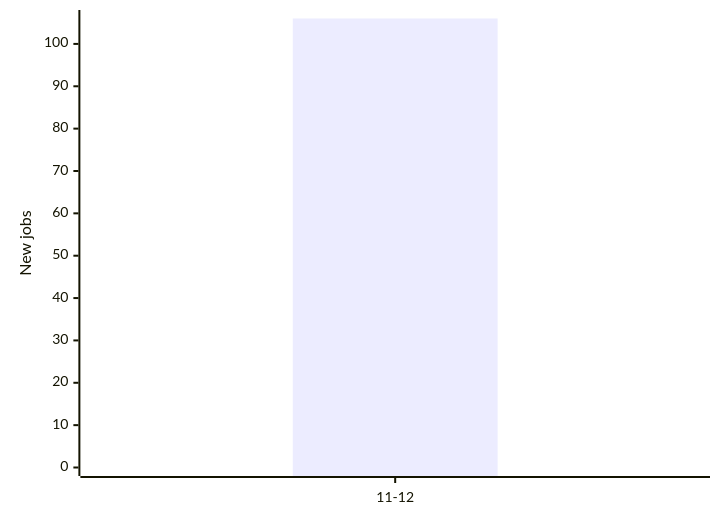
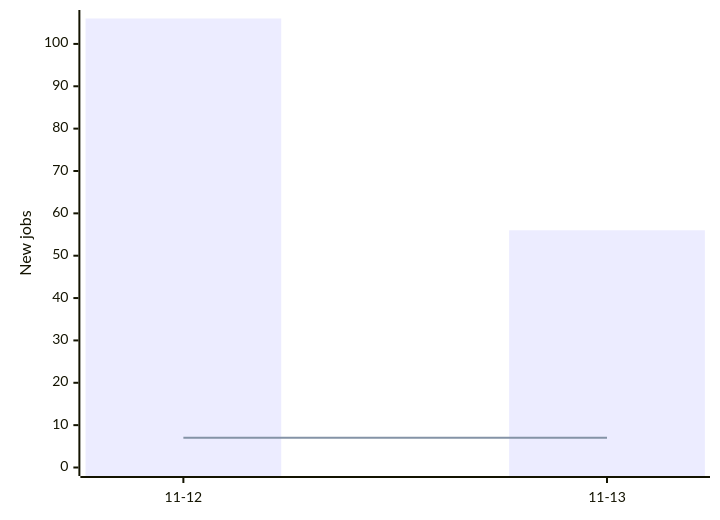
One commit to Mwangimark/frontend-job-tracker changed the diagram in README.md. Above: the diagram before and after it, drawn with Mermaid. The commit also changed other lines of this file and 2 other files, not shown here.

````diff
--- a/README.md
+++ b/README.md
@@ -16,7 +16,7 @@
 ```mermaid
 xychart-beta
-    x-axis ["11-12"]
+    x-axis ["11-12", "11-13"]
     y-axis "New jobs" 0 --> 106
-    bar [106]
-    line [7]
+    bar [106, 56]
+    line [7, 7]
 ```
````
